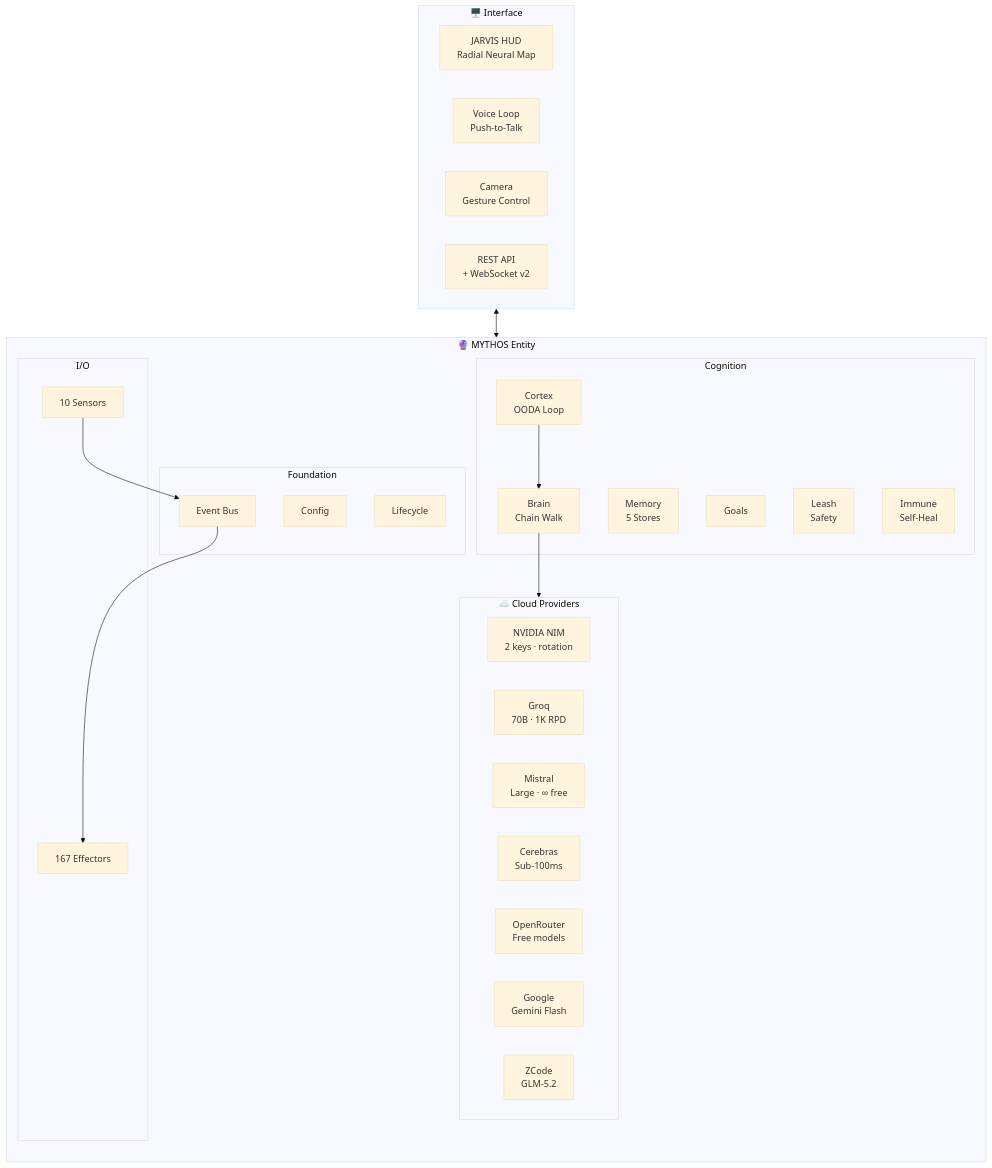
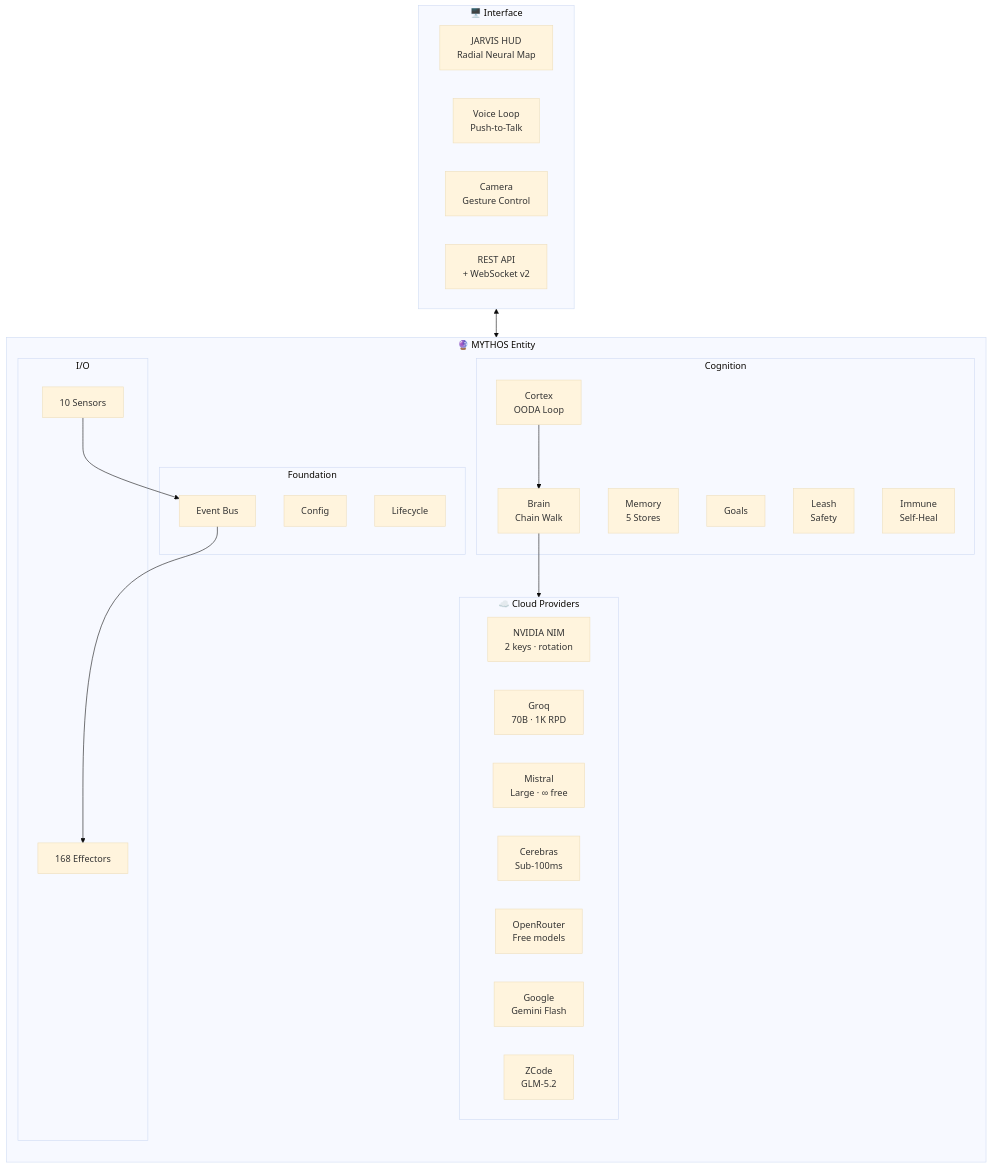
The first of 11 diagrams in README.md (HailLucifer666/Agent_OS), drawn with Mermaid (base theme) before and after one commit. The commit also changed other lines of this file and 1 other file, not shown here.

````diff
--- a/README.md
+++ b/README.md
@@ -48,45 +48,45 @@
 ```mermaid
 flowchart TB
     subgraph Cloud["☁️ Cloud Providers"]
         direction LR
         NIM["NVIDIA NIM<br/>2 keys · rotation"]
         GQ["Groq<br/>70B · 1K RPD"]
         MI["Mistral<br/>Large · ∞ free"]
         CE["Cerebras<br/>Sub-100ms"]
         OR["OpenRouter<br/>Free models"]
         GOOG["Google<br/>Gemini Flash"]
         ZC["ZCode<br/>GLM-5.2"]
     end
 
     subgraph MYTHOS["🔮 MYTHOS Entity"]
         direction TB
         subgraph Foundation["Foundation"]
             CFG["Config"]
             BUS["Event Bus"]
             LIFE["Lifecycle"]
         end
         subgraph Cognition["Cognition"]
             CORT["Cortex<br/>OODA Loop"]
             BRN["Brain<br/>Chain Walk"]
             MEM["Memory<br/>5 Stores"]
             GOAL["Goals"]
             LEASH["Leash<br/>Safety"]
             IMM["Immune<br/>Self-Heal"]
         end
         subgraph IOLayer["I/O"]
             SENS["10 Sensors"]
-            EFF["167 Effectors"]
+            EFF["168 Effectors"]
         end
         CORT --> BRN --> Cloud
         SENS --> BUS --> EFF
     end
 
     subgraph Interface["🖥️ Interface"]
         HUD["JARVIS HUD<br/>Radial Neural Map"]
         VOICE["Voice Loop<br/>Push-to-Talk"]
         CAM["Camera<br/>Gesture Control"]
         API["REST API<br/>+ WebSocket v2"]
     end
 
     Interface <--> MYTHOS
 ```
````
